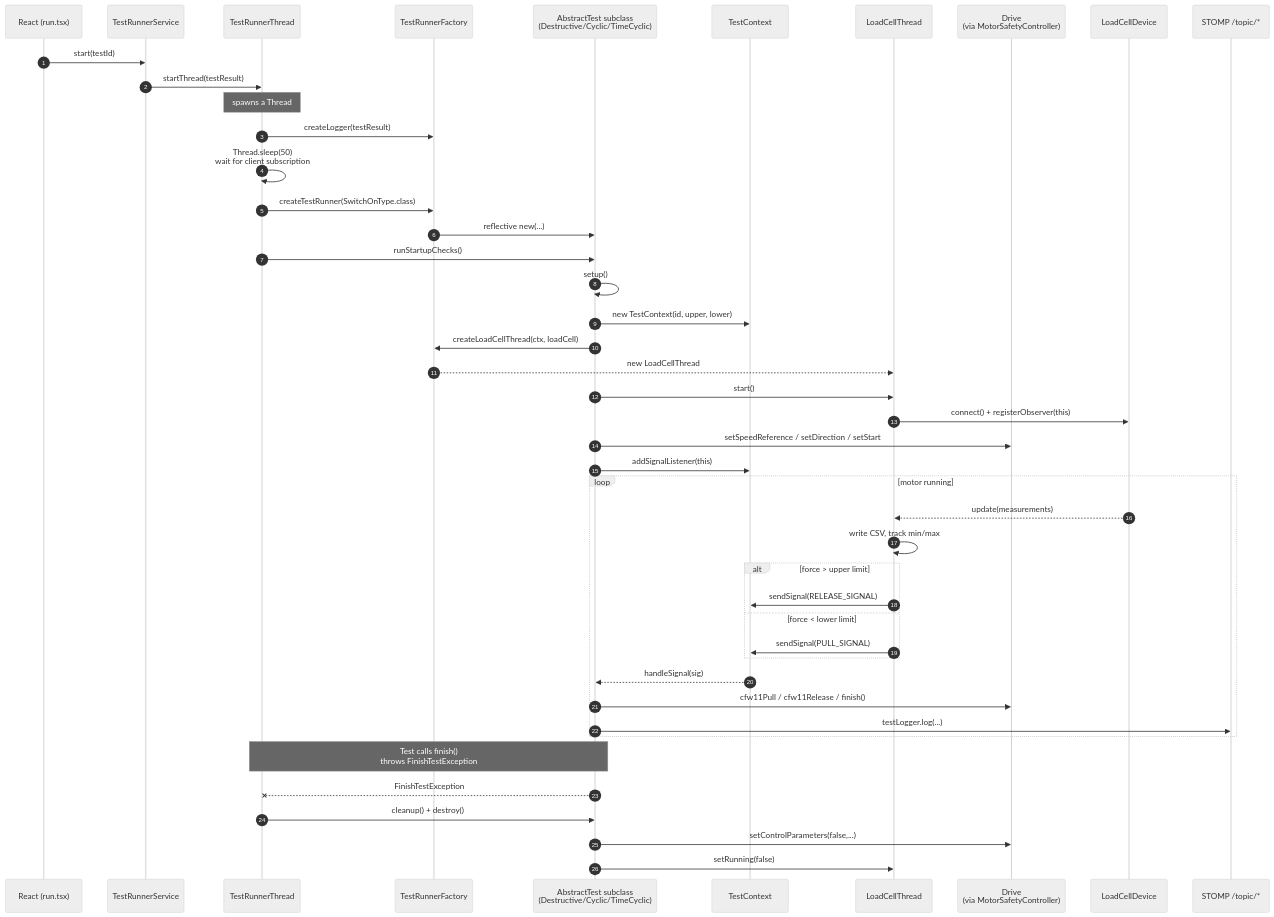
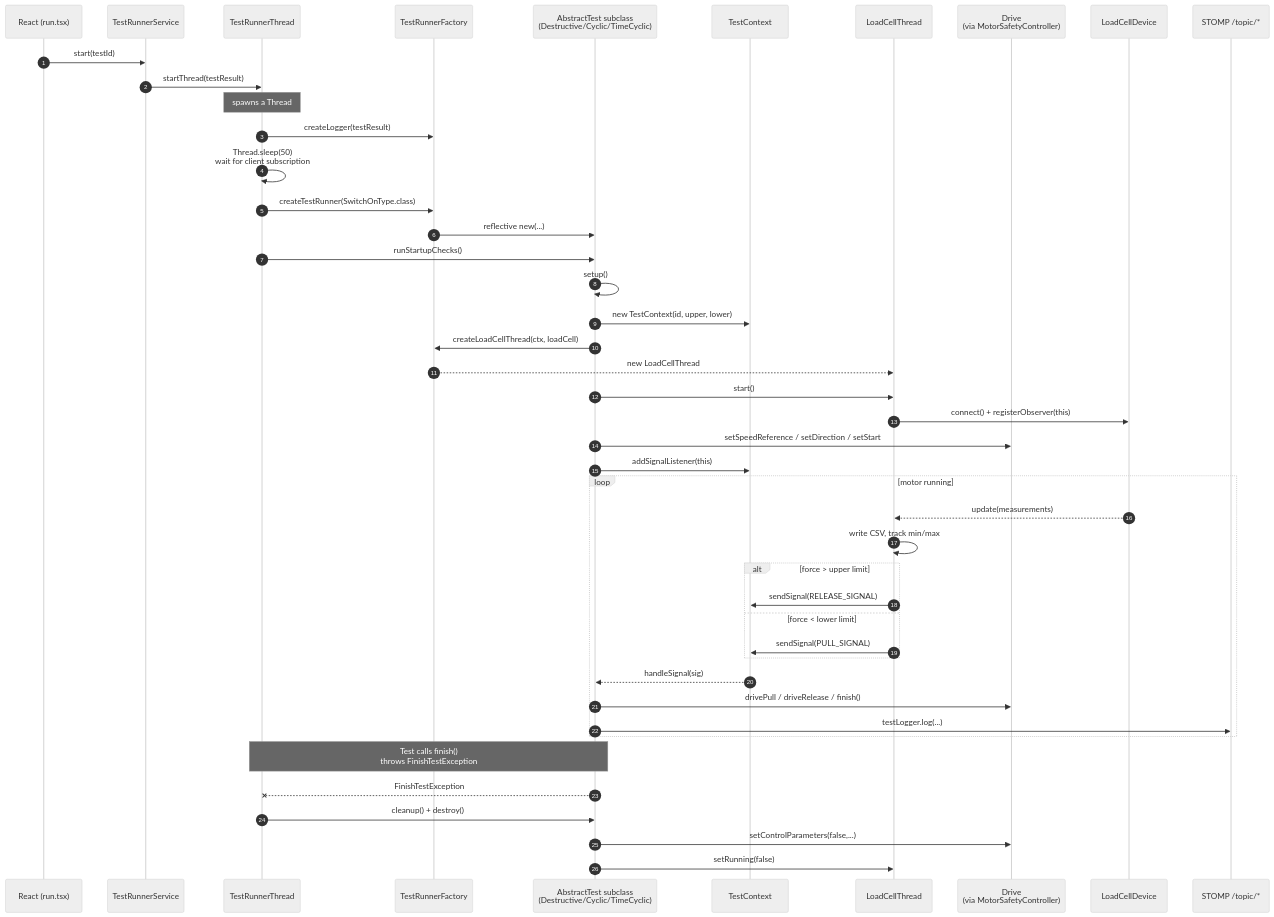
One commit to rupfizupfi/breaktest-command-deck changed the diagram in doc/03-backend/test-execution-engine.md. Above: the diagram before and after it, drawn with Mermaid (neutral theme). The commit also changed other lines of this file and 29 other files, not shown here.

Commit message:
docs: refresh the reference docs for the drive rename and test layers

````diff
--- a/doc/03-backend/test-execution-engine.md
+++ b/doc/03-backend/test-execution-engine.md
@@ -30,50 +30,50 @@
 ```mermaid
 sequenceDiagram
     autonumber
     participant FE as React (run.tsx)
     participant Hilla as TestRunnerService
     participant TRT as TestRunnerThread
     participant TRF as TestRunnerFactory
     participant Test as AbstractTest subclass<br/>(Destructive/Cyclic/TimeCyclic)
     participant TC as TestContext
     participant LCT as LoadCellThread
     participant CFW as Drive<br/>(via MotorSafetyController)
     participant LC as LoadCellDevice
     participant Topic as STOMP /topic/*
 
     FE->>Hilla: start(testId)
     Hilla->>TRT: startThread(testResult)
     Note over TRT: spawns a Thread
     TRT->>TRF: createLogger(testResult)
     TRT->>TRT: Thread.sleep(50)<br/>wait for client subscription
     TRT->>TRF: createTestRunner(SwitchOnType.class)
     TRF->>Test: reflective new(...)
     TRT->>Test: runStartupChecks()
     Test->>Test: setup()
     Test->>TC: new TestContext(id, upper, lower)
     Test->>TRF: createLoadCellThread(ctx, loadCell)
     TRF-->>LCT: new LoadCellThread
     Test->>LCT: start()
     LCT->>LC: connect() + registerObserver(this)
     Test->>CFW: setSpeedReference / setDirection / setStart
     Test->>TC: addSignalListener(this)
 
     loop motor running
         LC-->>LCT: update(measurements)
         LCT->>LCT: write CSV, track min/max
         alt force > upper limit
             LCT->>TC: sendSignal(RELEASE_SIGNAL)
         else force < lower limit
             LCT->>TC: sendSignal(PULL_SIGNAL)
         end
         TC-->>Test: handleSignal(sig)
-        Test->>CFW: cfw11Pull / cfw11Release / finish()
+        Test->>CFW: drivePull / driveRelease / finish()
         Test->>Topic: testLogger.log(...)
     end
 
     Note over Test,TRT: Test calls finish()<br/>throws FinishTestException
     Test--xTRT: FinishTestException
     TRT->>Test: cleanup() + destroy()
     Test->>CFW: setControlParameters(false,...)
     Test->>LCT: setRunning(false)
 ```
````
